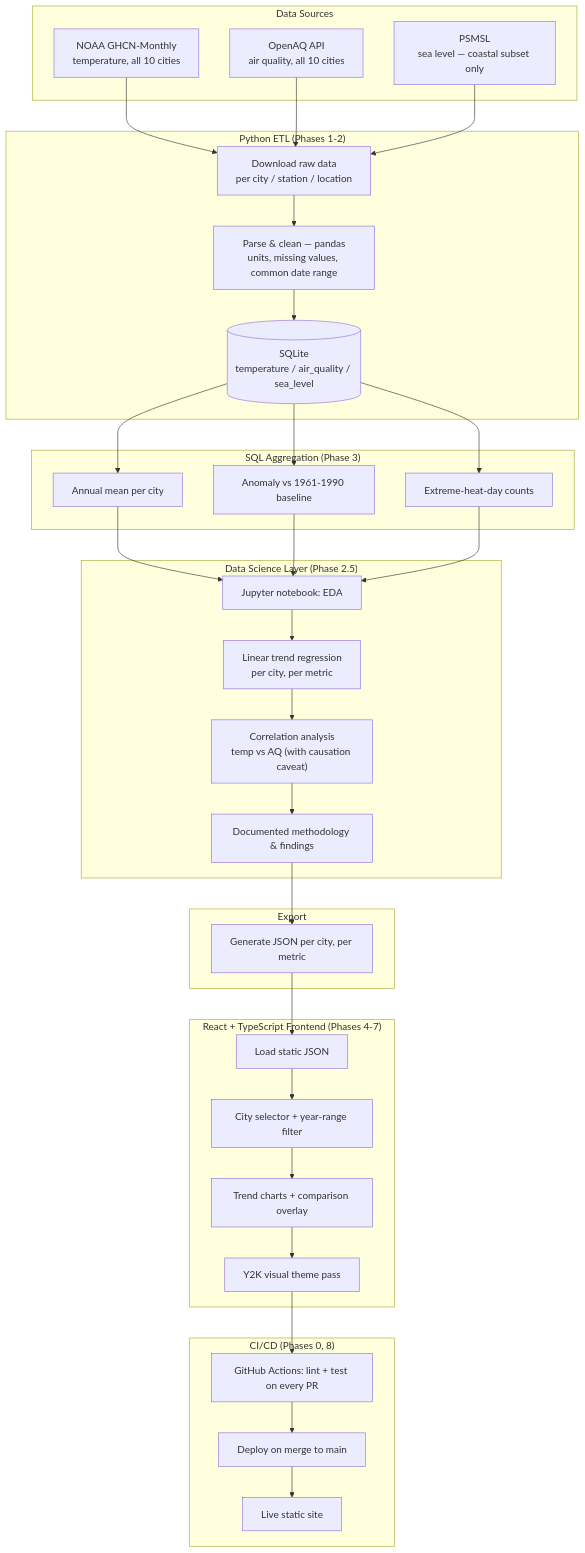
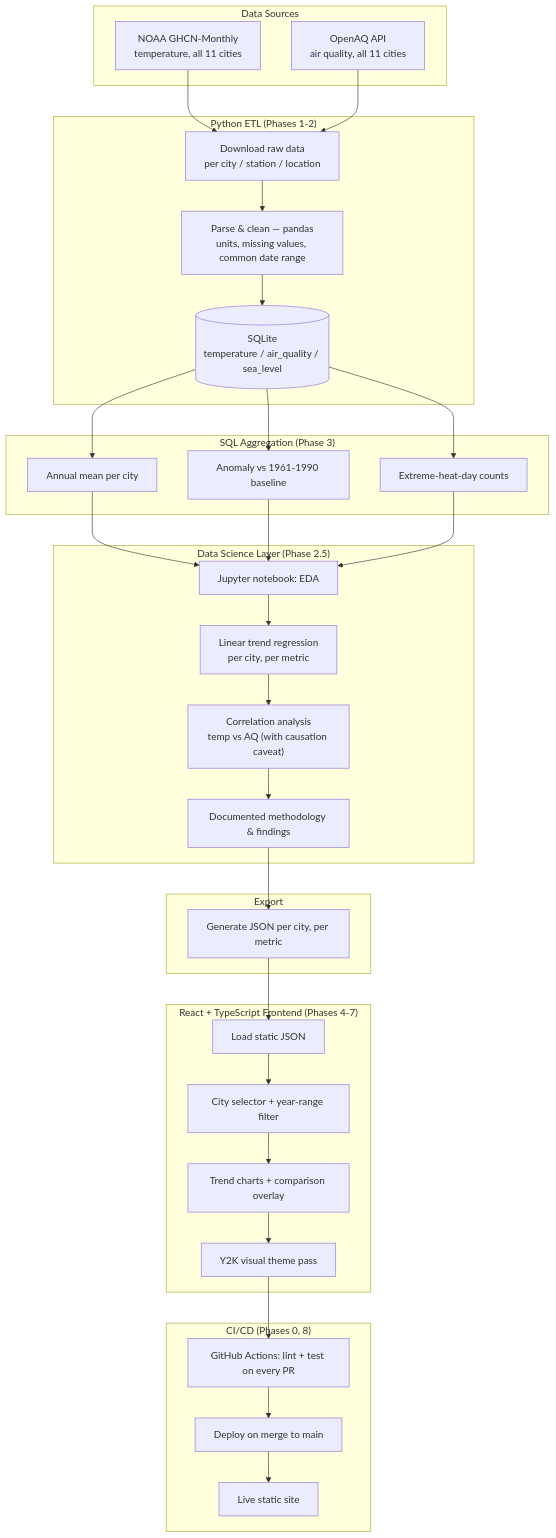
The diagram in ROADMAP.md (SABOQuan/warming-cities), drawn with Mermaid before and after one commit. The commit also changed other lines of this file and 2 other files, not shown here.

Commit message:
docs: update city list to eleven cities and defer sea level to v2

````diff
--- a/ROADMAP.md
+++ b/ROADMAP.md
@@ -31,54 +37,52 @@
 ```mermaid
 flowchart TD
     subgraph SRC["Data Sources"]
-        A1["NOAA GHCN-Monthly<br/>temperature, all 10 cities"]
-        A2["OpenAQ API<br/>air quality, all 10 cities"]
-        A3["PSMSL<br/>sea level — coastal subset only"]
+        A1["NOAA GHCN-Monthly<br/>temperature, all 11 cities"]
+        A2["OpenAQ API<br/>air quality, all 11 cities"]
     end
 
     subgraph ETL["Python ETL (Phases 1-2)"]
         B1["Download raw data<br/>per city / station / location"]
         B2["Parse & clean — pandas<br/>units, missing values, common date range"]
         B3[("SQLite<br/>temperature / air_quality / sea_level")]
     end
 
     subgraph SQL["SQL Aggregation (Phase 3)"]
         C1["Annual mean per city"]
         C2["Anomaly vs 1961-1990 baseline"]
         C3["Extreme-heat-day counts"]
     end
 
     subgraph DS["Data Science Layer (Phase 2.5)"]
         D1["Jupyter notebook: EDA"]
         D2["Linear trend regression<br/>per city, per metric"]
         D3["Correlation analysis<br/>temp vs AQ (with causation caveat)"]
         D4["Documented methodology & findings"]
     end
 
     subgraph EXPORT["Export"]
         E1["Generate JSON per city, per metric"]
     end
 
     subgraph FE["React + TypeScript Frontend (Phases 4-7)"]
         F1["Load static JSON"]
         F2["City selector + year-range filter"]
         F3["Trend charts + comparison overlay"]
         F4["Y2K visual theme pass"]
     end
 
     subgraph CICD["CI/CD (Phases 0, 8)"]
         G1["GitHub Actions: lint + test on every PR"]
         G2["Deploy on merge to main"]
         G3["Live static site"]
     end
 
     A1 --> B1
     A2 --> B1
-    A3 --> B1
     B1 --> B2 --> B3
     B3 --> C1 & C2 & C3
     C1 & C2 & C3 --> D1 --> D2 --> D3 --> D4
     D4 --> E1
     E1 --> F1 --> F2 --> F3 --> F4
     F4 --> G1 --> G2 --> G3
 ```
````
